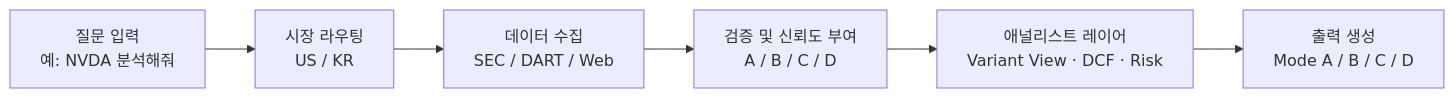
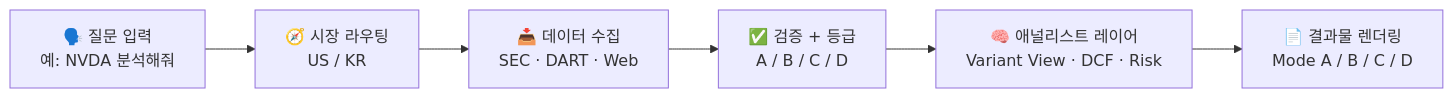
One commit to lowtidebuild/stock-analysis-agent changed the diagram in README.ko.md. Above: the diagram before and after it, drawn with Mermaid. The commit also changed other lines of this file and 1 other file, not shown here.

````diff
--- a/README.ko.md
+++ b/README.ko.md
@@ -192,8 +215,8 @@
 ```mermaid
 flowchart LR
-    Q[질문 입력<br/>예: NVDA 분석해줘] --> R[시장 라우팅<br/>US / KR]
-    R --> C[데이터 수집<br/>SEC / DART / Web]
-    C --> V[검증 및 신뢰도 부여<br/>A / B / C / D]
-    V --> A[애널리스트 레이어<br/>Variant View · DCF · Risk]
-    A --> O[출력 생성<br/>Mode A / B / C / D]
+    Q[🗣️ 질문 입력<br/>예: NVDA 분석해줘] --> R[🧭 시장 라우팅<br/>US / KR]
+    R --> C[📥 데이터 수집<br/>SEC · DART · Web]
+    C --> V[✅ 검증 + 등급<br/>A / B / C / D]
+    V --> A[🧠 애널리스트 레이어<br/>Variant View · DCF · Risk]
+    A --> O[📄 결과물 렌더링<br/>Mode A / B / C / D]
 ```
````
